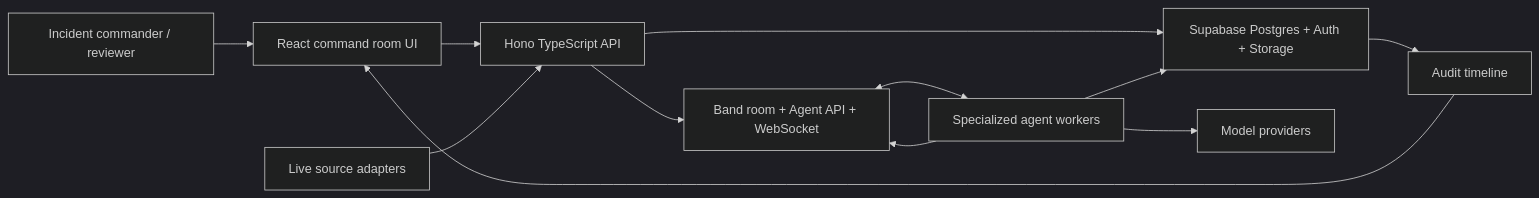
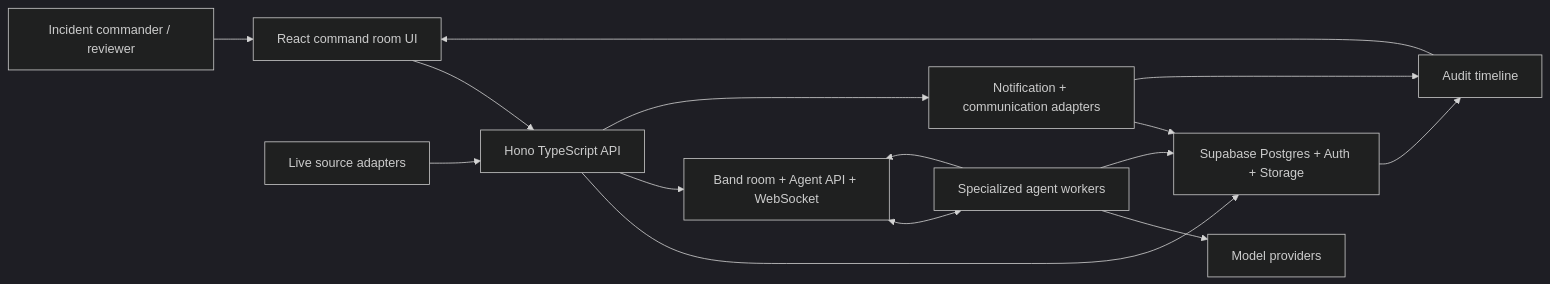
One commit to Dr-mkelvo/crisiscoord changed the diagram in docs/architecture/system-architecture.md. Above: the diagram before and after it, drawn with Mermaid (dark theme). The commit also changed other lines of this file and 31 other files, not shown here.

````diff
--- a/docs/architecture/system-architecture.md
+++ b/docs/architecture/system-architecture.md
@@ -13,24 +13,28 @@
 ```mermaid
 flowchart LR
   User["Incident commander / reviewer"]
   UI["React command room UI"]
   API["Hono TypeScript API"]
   Sources["Live source adapters"]
   DB["Supabase Postgres + Auth + Storage"]
   Band["Band room + Agent API + WebSocket"]
   Agents["Specialized agent workers"]
   Models["Model providers"]
+  Notify["Notification + communication adapters"]
   Audit["Audit timeline"]
 
   User --> UI
   UI --> API
   Sources --> API
   API --> DB
   API --> Band
   Band <--> Agents
   Agents --> Models
   Agents --> Band
   Agents --> DB
+  API --> Notify
+  Notify --> DB
+  Notify --> Audit
   DB --> Audit
   Audit --> UI
 ```
````
